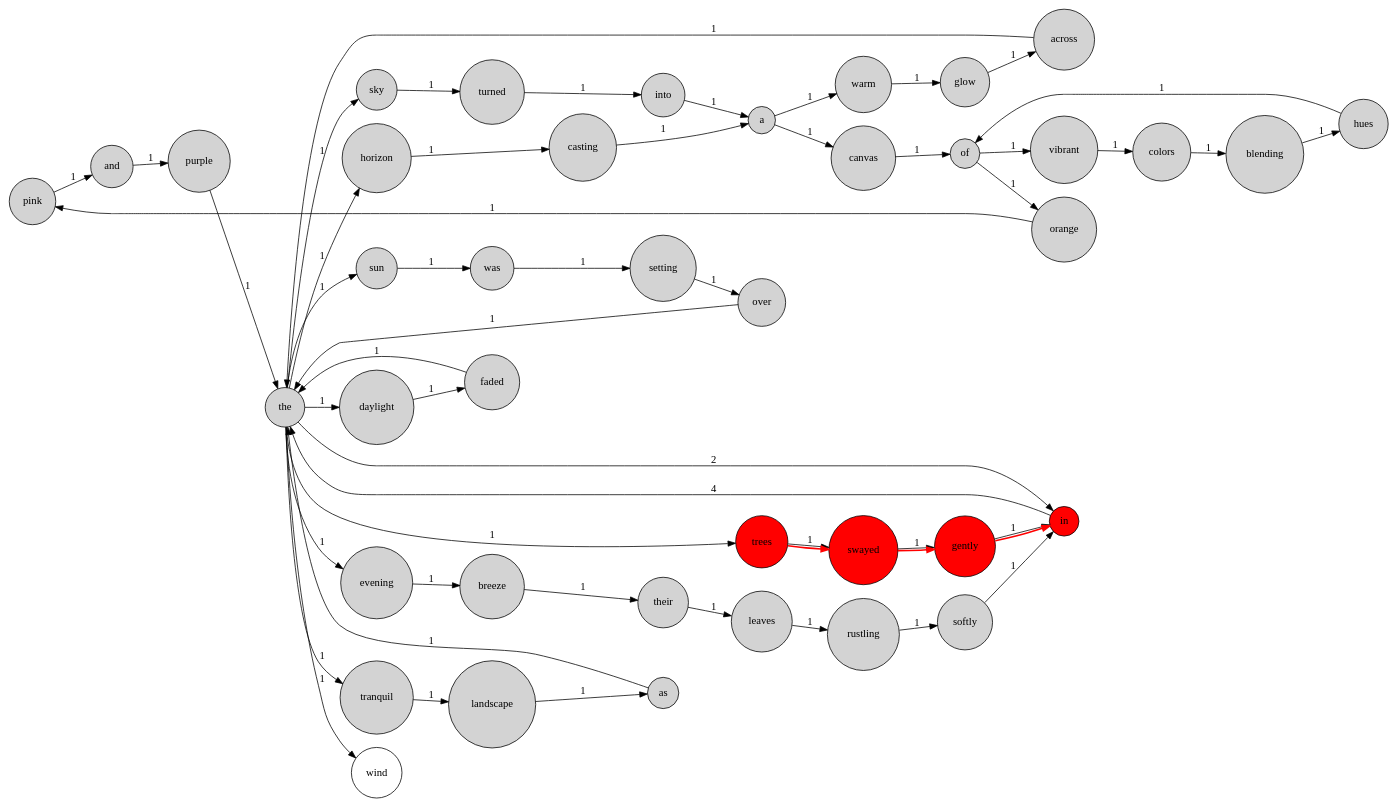
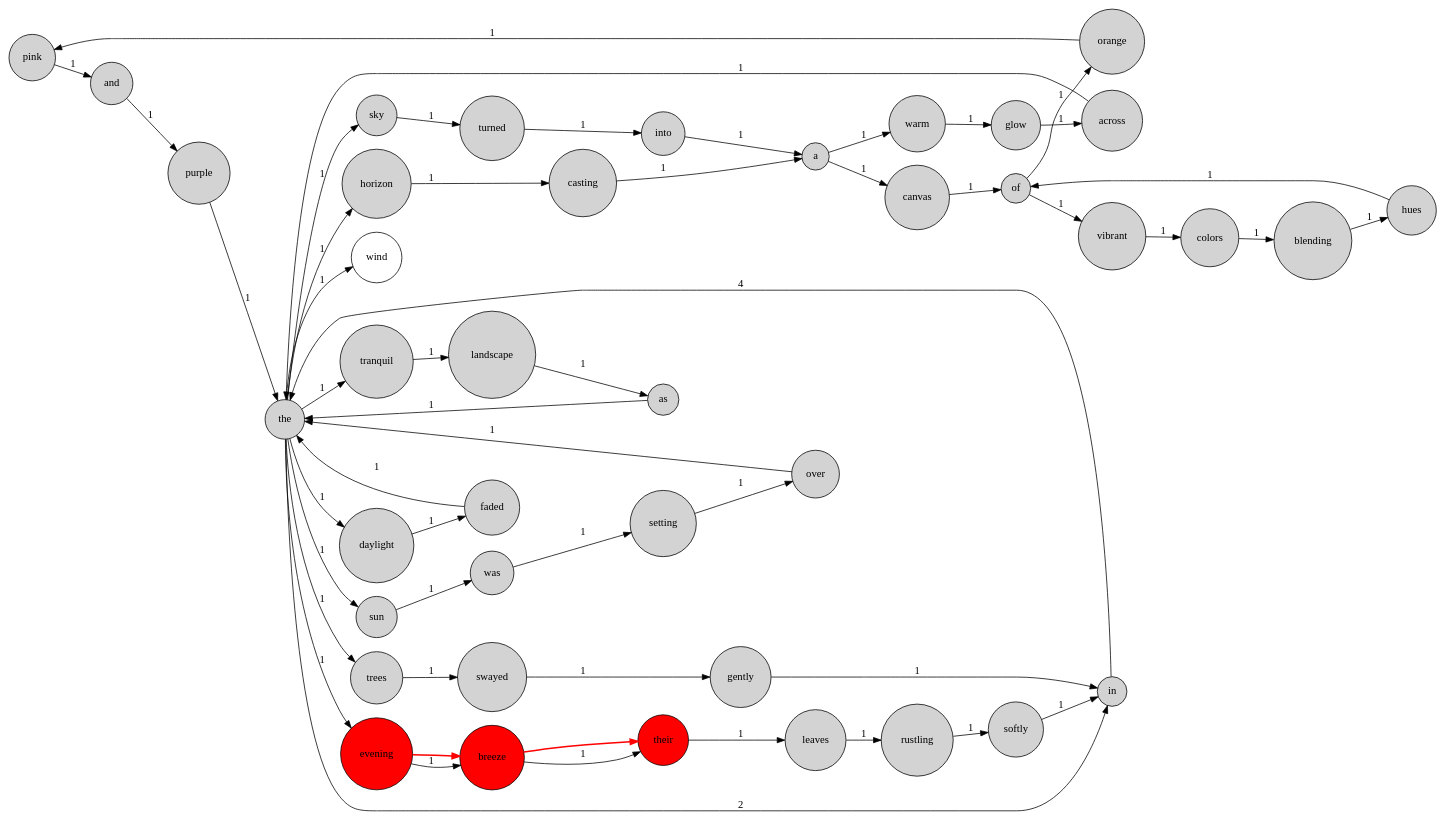
The diagram in graph.dot (0sanqian00/Lab1), drawn with Graphviz before and after one commit. The commit also changed 1 other file, not shown here.

```diff
--- a/graph.dot
+++ b/graph.dot
@@ -1,99 +1,97 @@
 digraph G {
   rankdir=LR;
   node[shape=circle];
   "pink" [style=filled, fillcolor=lightgray];
   "swayed" [style=filled, fillcolor=lightgray];
   "turned" [style=filled, fillcolor=lightgray];
   "their" [style=filled, fillcolor=lightgray];
   "hues" [style=filled, fillcolor=lightgray];
   "rustling" [style=filled, fillcolor=lightgray];
   "trees" [style=filled, fillcolor=lightgray];
   "sun" [style=filled, fillcolor=lightgray];
   "colors" [style=filled, fillcolor=lightgray];
   "setting" [style=filled, fillcolor=lightgray];
   "into" [style=filled, fillcolor=lightgray];
   "across" [style=filled, fillcolor=lightgray];
   "leaves" [style=filled, fillcolor=lightgray];
   "and" [style=filled, fillcolor=lightgray];
   "of" [style=filled, fillcolor=lightgray];
   "casting" [style=filled, fillcolor=lightgray];
   "blending" [style=filled, fillcolor=lightgray];
   "sky" [style=filled, fillcolor=lightgray];
   "over" [style=filled, fillcolor=lightgray];
   "a" [style=filled, fillcolor=lightgray];
   "vibrant" [style=filled, fillcolor=lightgray];
   "canvas" [style=filled, fillcolor=lightgray];
   "faded" [style=filled, fillcolor=lightgray];
   "in" [style=filled, fillcolor=lightgray];
   "was" [style=filled, fillcolor=lightgray];
   "tranquil" [style=filled, fillcolor=lightgray];
   "breeze" [style=filled, fillcolor=lightgray];
   "orange" [style=filled, fillcolor=lightgray];
   "the" [style=filled, fillcolor=lightgray];
   "horizon" [style=filled, fillcolor=lightgray];
   "as" [style=filled, fillcolor=lightgray];
   "warm" [style=filled, fillcolor=lightgray];
   "daylight" [style=filled, fillcolor=lightgray];
   "gently" [style=filled, fillcolor=lightgray];
   "purple" [style=filled, fillcolor=lightgray];
   "evening" [style=filled, fillcolor=lightgray];
   "glow" [style=filled, fillcolor=lightgray];
   "softly" [style=filled, fillcolor=lightgray];
   "landscape" [style=filled, fillcolor=lightgray];
   "pink" -> "and" [label="1"];
   "swayed" -> "gently" [label="1"];
   "turned" -> "into" [label="1"];
   "their" -> "leaves" [label="1"];
   "hues" -> "of" [label="1"];
   "rustling" -> "softly" [label="1"];
   "trees" -> "swayed" [label="1"];
   "sun" -> "was" [label="1"];
   "colors" -> "blending" [label="1"];
   "setting" -> "over" [label="1"];
   "into" -> "a" [label="1"];
   "across" -> "the" [label="1"];
   "leaves" -> "rustling" [label="1"];
   "and" -> "purple" [label="1"];
   "of" -> "orange" [label="1"];
   "of" -> "vibrant" [label="1"];
   "casting" -> "a" [label="1"];
   "blending" -> "hues" [label="1"];
   "sky" -> "turned" [label="1"];
   "over" -> "the" [label="1"];
   "a" -> "warm" [label="1"];
   "a" -> "canvas" [label="1"];
   "vibrant" -> "colors" [label="1"];
   "canvas" -> "of" [label="1"];
   "faded" -> "the" [label="1"];
   "in" -> "the" [label="4"];
   "was" -> "setting" [label="1"];
   "tranquil" -> "landscape" [label="1"];
   "breeze" -> "their" [label="1"];
   "orange" -> "pink" [label="1"];
   "the" -> "sky" [label="1"];
   "the" -> "horizon" [label="1"];
   "the" -> "daylight" [label="1"];
   "the" -> "in" [label="2"];
   "the" -> "tranquil" [label="1"];
   "the" -> "evening" [label="1"];
   "the" -> "sun" [label="1"];
   "the" -> "trees" [label="1"];
   "the" -> "wind" [label="1"];
   "horizon" -> "casting" [label="1"];
   "as" -> "the" [label="1"];
   "warm" -> "glow" [label="1"];
   "daylight" -> "faded" [label="1"];
   "gently" -> "in" [label="1"];
   "purple" -> "the" [label="1"];
   "evening" -> "breeze" [label="1"];
   "glow" -> "across" [label="1"];
   "softly" -> "in" [label="1"];
   "landscape" -> "as" [label="1"];
-  "trees" [style=filled, fillcolor=red];
-  "swayed" [style=filled, fillcolor=red];
-  "gently" [style=filled, fillcolor=red];
-  "in" [style=filled, fillcolor=red];
-  "trees" -> "swayed" [color=red, style=bold];
-  "swayed" -> "gently" [color=red, style=bold];
-  "gently" -> "in" [color=red, style=bold];
+  "evening" [style=filled, fillcolor=red];
+  "breeze" [style=filled, fillcolor=red];
+  "their" [style=filled, fillcolor=red];
+  "evening" -> "breeze" [color=red, style=bold];
+  "breeze" -> "their" [color=red, style=bold];
 }
```
